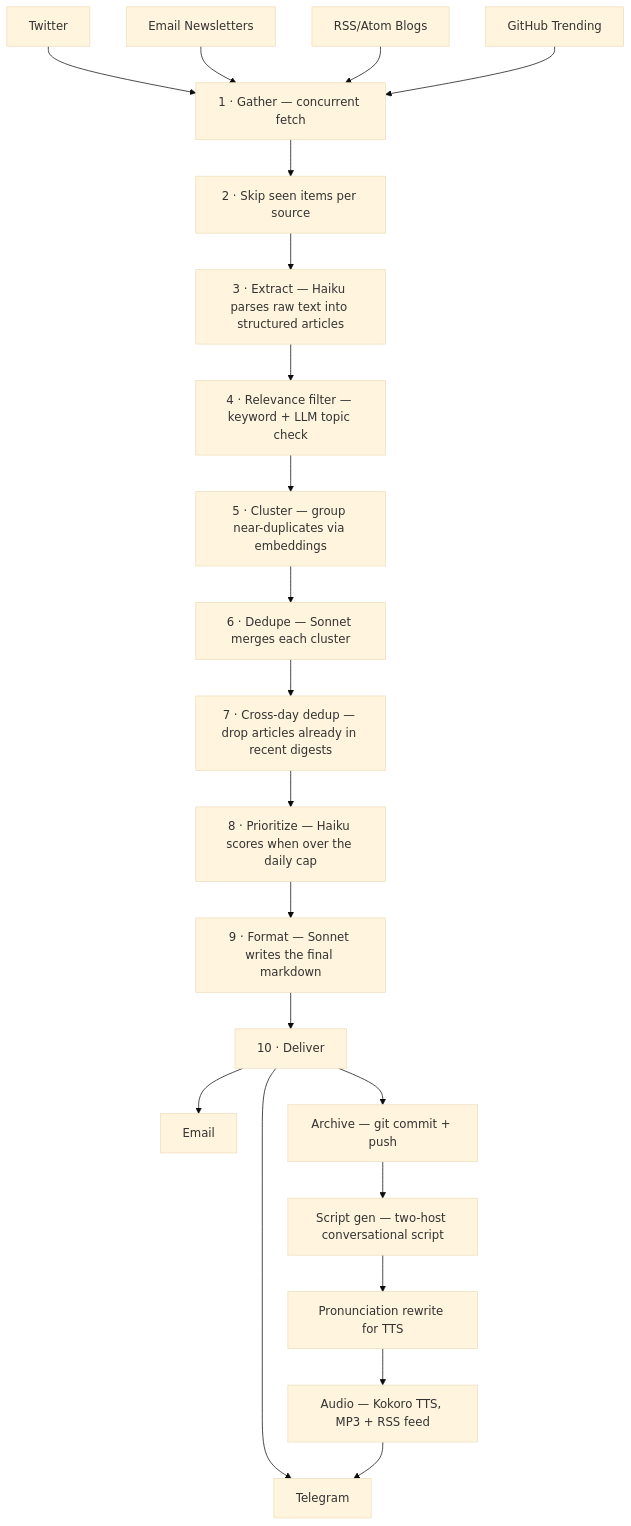
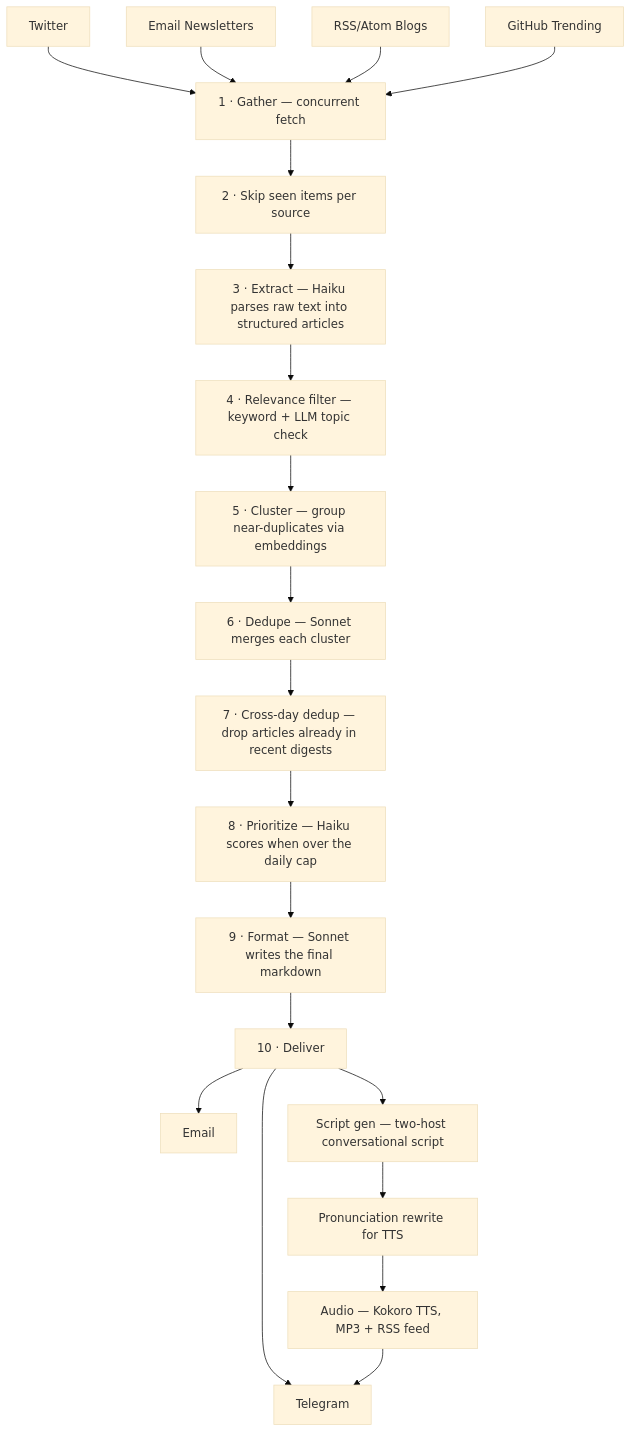
The diagram in README.md (mjwoolley/digest-pipeline), drawn with Mermaid (base theme) before and after one commit. The commit also changed other lines of this file and 1 other file, not shown here.

First line of the commit message:
Update docs for archive-step removal

````diff
--- a/README.md
+++ b/README.md
@@ -9,26 +9,25 @@
 ```mermaid
 flowchart TD
     TW[Twitter] & EM[Email Newsletters] & BL[RSS/Atom Blogs] & GH[GitHub Trending]
 
     TW & EM & BL & GH --> GA
 
     GA[1 · Gather — concurrent fetch]
     GA --> SS[2 · Skip seen items per source]
     SS --> EX[3 · Extract — Haiku parses raw text into structured articles]
     EX --> RF[4 · Relevance filter — keyword + LLM topic check]
     RF --> CL[5 · Cluster — group near-duplicates via embeddings]
     CL --> DD[6 · Dedupe — Sonnet merges each cluster]
     DD --> CD[7 · Cross-day dedup — drop articles already in recent digests]
     CD --> PR[8 · Prioritize — Haiku scores when over the daily cap]
     PR --> FM[9 · Format — Sonnet writes the final markdown]
     FM --> DL[10 · Deliver]
 
     DL --> EMAIL[Email]
     DL --> TG[Telegram]
-    DL --> AR[Archive — git commit + push]
 
-    AR --> SG[Script gen — two-host conversational script]
+    DL --> SG[Script gen — two-host conversational script]
     SG --> PN[Pronunciation rewrite for TTS]
     PN --> AU[Audio — Kokoro TTS, MP3 + RSS feed]
     AU --> TG
 ```
````
